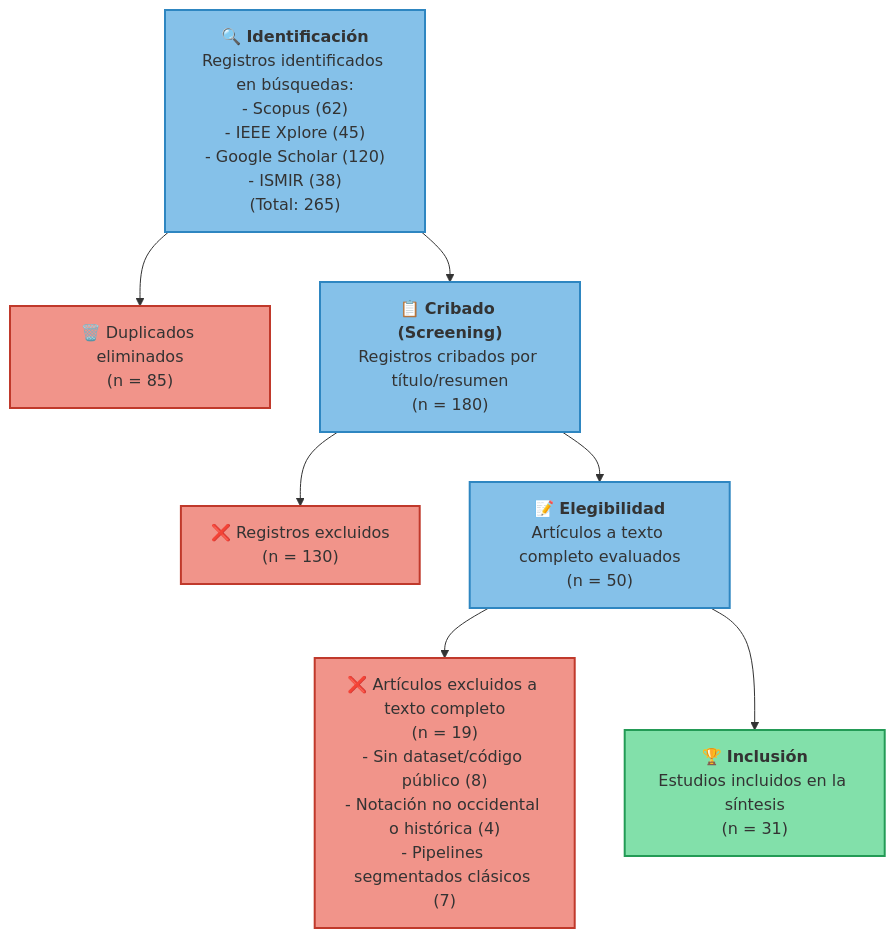
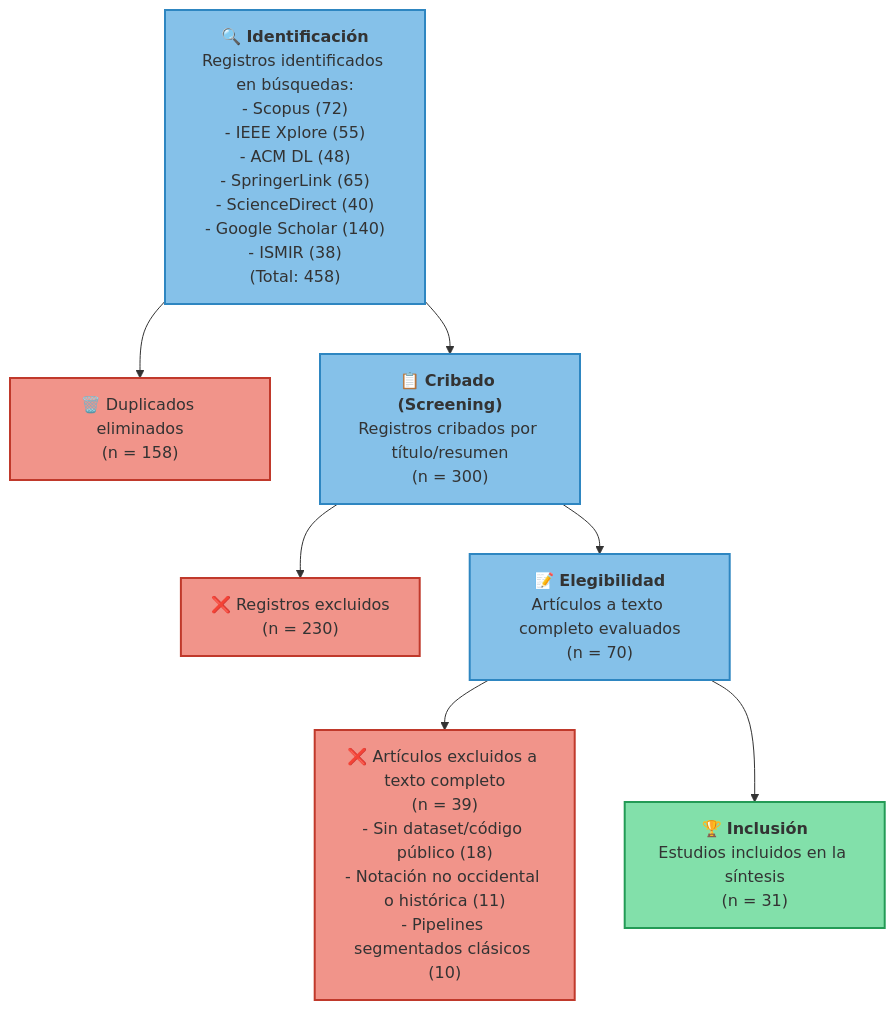
The diagram in docs/revision-literatura-prisma.md (sebdavid3/Cadenza), drawn with Mermaid before and after one commit. The commit also changed other lines of this file, not shown here.

Commit message:
docs: adjust PRISMA search range and add ACM, Springer, ScienceDirect databases

````diff
--- a/docs/revision-literatura-prisma.md
+++ b/docs/revision-literatura-prisma.md
@@ -47,29 +50,29 @@
 ```mermaid
 graph TD
     classDef step fill:#85C1E9,stroke:#2E86C1,stroke-width:2px;
     classDef exclude fill:#F1948A,stroke:#C0392B,stroke-width:2px;
     classDef final fill:#82E0AA,stroke:#239B56,stroke-width:2px;
 
     %% Identificación
-    id1["🔍 <b>Identificación</b><br/>Registros identificados en búsquedas:<br/>- Scopus (62)<br/>- IEEE Xplore (45)<br/>- Google Scholar (120)<br/>- ISMIR (38)<br/>(Total: 265)"]:::step
-    id2["🗑️ Duplicados eliminados<br/>(n = 85)"]:::exclude
+    id1["🔍 <b>Identificación</b><br/>Registros identificados en búsquedas:<br/>- Scopus (72)<br/>- IEEE Xplore (55)<br/>- ACM DL (48)<br/>- SpringerLink (65)<br/>- ScienceDirect (40)<br/>- Google Scholar (140)<br/>- ISMIR (38)<br/>(Total: 458)"]:::step
+    id2["🗑️ Duplicados eliminados<br/>(n = 158)"]:::exclude
 
     %% Cribado
-    screen1["📋 <b>Cribado (Screening)</b><br/>Registros cribados por título/resumen<br/>(n = 180)"]:::step
-    screen2["❌ Registros excluidos<br/>(n = 130)"]:::exclude
+    screen1["📋 <b>Cribado (Screening)</b><br/>Registros cribados por título/resumen<br/>(n = 300)"]:::step
+    screen2["❌ Registros excluidos<br/>(n = 230)"]:::exclude
 
     %% Elegibilidad
-    elig1["📝 <b>Elegibilidad</b><br/>Artículos a texto completo evaluados<br/>(n = 50)"]:::step
-    elig2["❌ Artículos excluidos a texto completo<br/>(n = 19)<br/>- Sin dataset/código público (8)<br/>- Notación no occidental o histórica (4)<br/>- Pipelines segmentados clásicos (7)"]:::exclude
+    elig1["📝 <b>Elegibilidad</b><br/>Artículos a texto completo evaluados<br/>(n = 70)"]:::step
+    elig2["❌ Artículos excluidos a texto completo<br/>(n = 39)<br/>- Sin dataset/código público (18)<br/>- Notación no occidental o histórica (11)<br/>- Pipelines segmentados clásicos (10)"]:::exclude
 
     %% Inclusión
     inc1["🏆 <b>Inclusión</b><br/>Estudios incluidos en la síntesis<br/>(n = 31)"]:::final
 
     %% Relaciones del diagrama
     id1 --> id2
     id1 --> screen1
     screen1 --> screen2
     screen1 --> elig1
     elig1 --> elig2
     elig1 --> inc1
 ```
````
